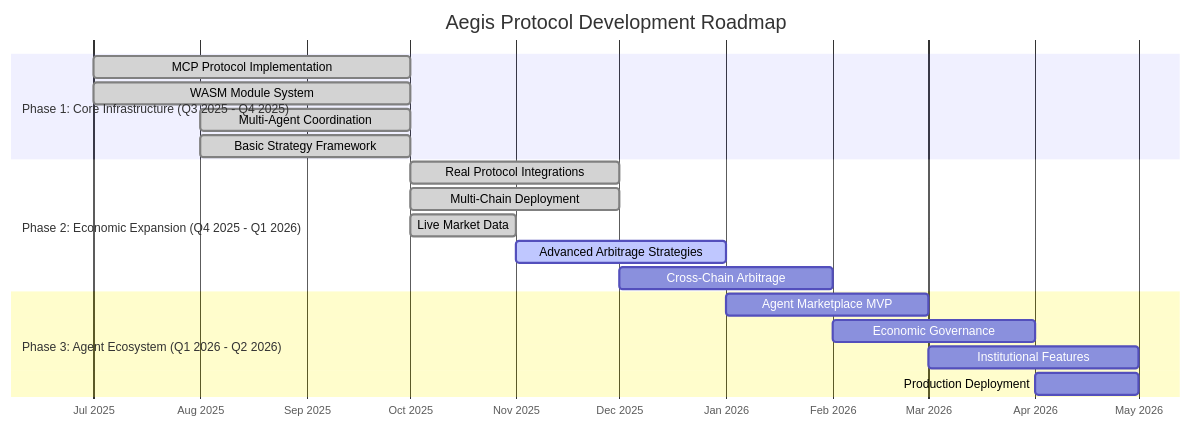
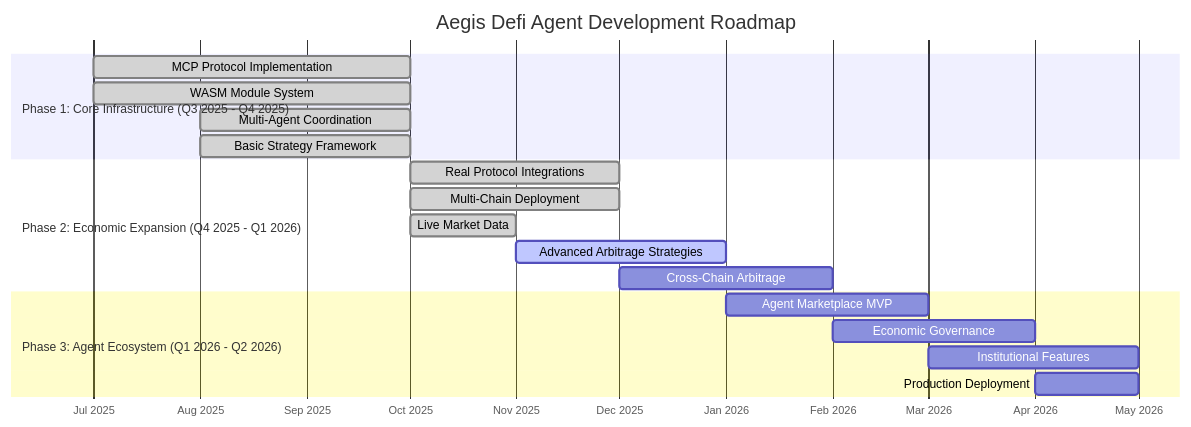
One commit to BlockCraftsman/Aegis-Defi-Agent changed the second of 2 diagrams in README.md. Above: the diagram before and after it, drawn with Mermaid. The commit also changed other lines of this file and 1 other file, not shown here.

Commit message:
docs: standardize project naming from 'Aegis Protocol' to 'Aegis Defi Agent'

````diff
--- a/README.md
+++ b/README.md
@@ -174,25 +174,25 @@
 ```mermaid
 gantt
-    title Aegis Protocol Development Roadmap
+    title Aegis Defi Agent Development Roadmap
     dateFormat  YYYY-MM
     axisFormat  %b %Y
     
     section Phase 1: Core Infrastructure (Q3 2025 - Q4 2025)
     MCP Protocol Implementation     :done,    p1_1, 2025-07, 3M
     WASM Module System              :done,    p1_2, 2025-07, 3M
     Multi-Agent Coordination        :done,    p1_3, 2025-08, 2M
     Basic Strategy Framework        :done,    p1_4, 2025-08, 2M
     
     section Phase 2: Economic Expansion (Q4 2025 - Q1 2026)
     Real Protocol Integrations      :done,    p2_1, 2025-10, 2M
     Multi-Chain Deployment          :done,    p2_2, 2025-10, 2M
     Live Market Data               :done,    p2_3, 2025-10, 1M
     Advanced Arbitrage Strategies   :active,  p2_4, 2025-11, 2M
     Cross-Chain Arbitrage           :         p2_5, 2025-12, 2M
     
     section Phase 3: Agent Ecosystem (Q1 2026 - Q2 2026)
     Agent Marketplace MVP           :         p3_1, 2026-01, 2M
     Economic Governance             :         p3_2, 2026-02, 2M
     Institutional Features          :         p3_3, 2026-03, 2M
     Production Deployment           :         p3_4, 2026-04, 1M
 ```
````
